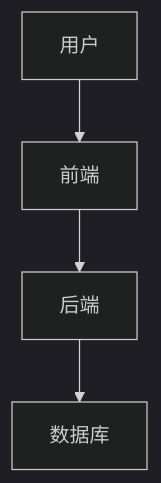
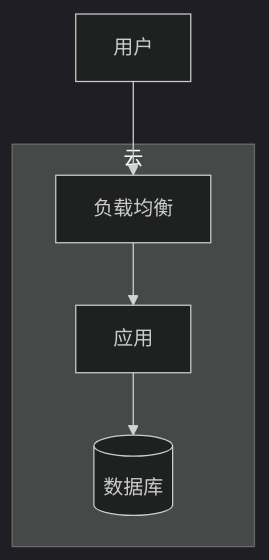
Before and after one commit to wfongcn/skills: the sixth of 7 diagrams in arc42/SKILL.md, drawn with Mermaid (dark theme). The commit also changed other lines of this file and 2 other files, not shown here.

````diff
--- a/arc42/SKILL.md
+++ b/arc42/SKILL.md
@@ -296,6 +241,8 @@
 ```mermaid
-graph TB
-    A[用户] --> B[前端]
-    B --> C[后端]
-    C --> D[数据库]
+flowchart TB
+    subgraph 云
+        LB[负载均衡] --> APP[应用]
+        APP --> DB[(数据库)]
+    end
+    USER[用户] --> LB
 ```
````
